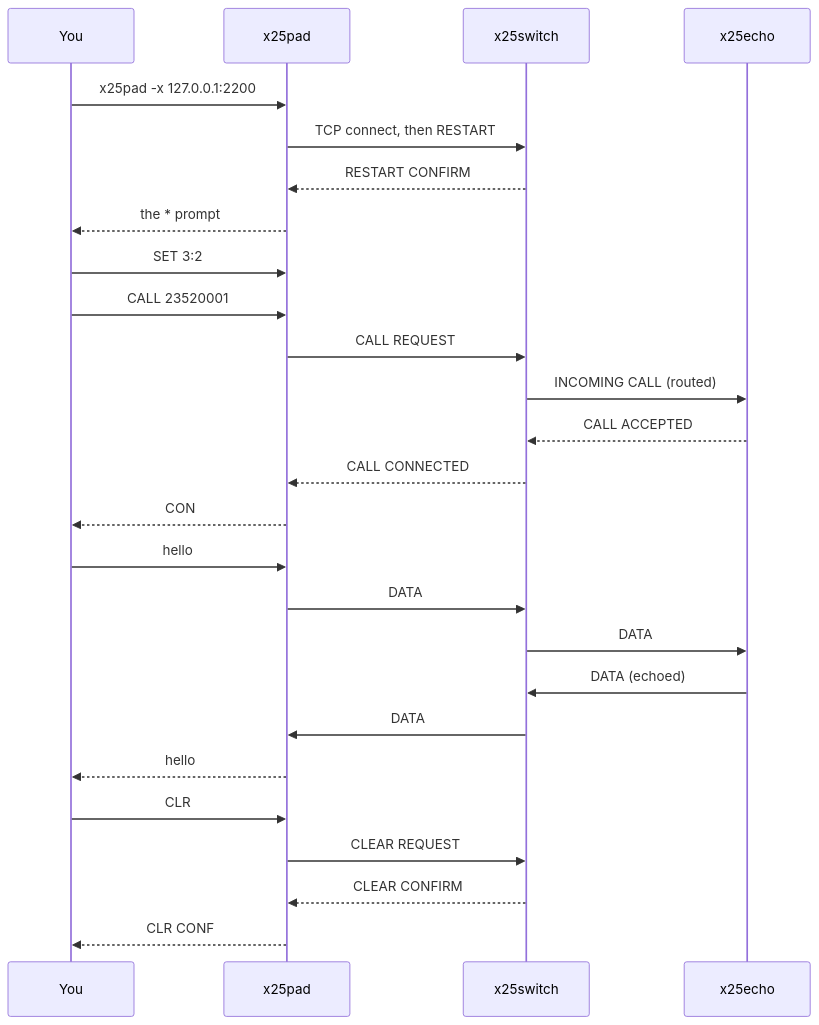
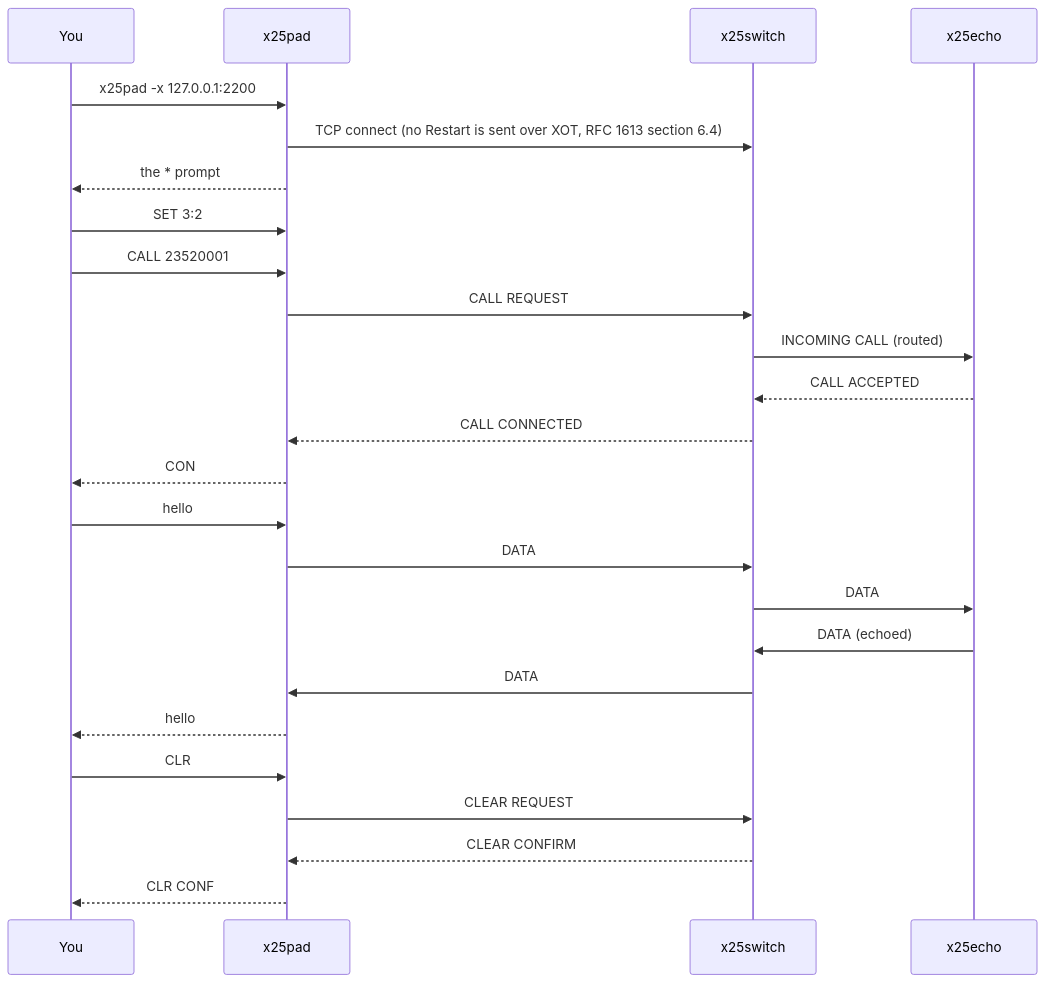
One commit to RetroCoreLabs/RetroX25 changed the first of 2 diagrams in src/RetroX25.Pad/README.md. Above: the diagram before and after it, drawn with Mermaid.

Commit message:
Docs: no Restart is sent over XOT, so the Pad session diagram no longer shows one

````diff
--- a/src/RetroX25.Pad/README.md
+++ b/src/RetroX25.Pad/README.md
@@ -80,29 +80,28 @@
 ```mermaid
 sequenceDiagram
     participant U as You
     participant P as x25pad
     participant S as x25switch
     participant E as x25echo
 
     U->>P: x25pad -x 127.0.0.1:2200
-    P->>S: TCP connect, then RESTART
-    S-->>P: RESTART CONFIRM
+    P->>S: TCP connect (no Restart is sent over XOT, RFC 1613 section 6.4)
     P-->>U: the * prompt
     U->>P: SET 3:2
     U->>P: CALL 23520001
     P->>S: CALL REQUEST
     S->>E: INCOMING CALL (routed)
     E-->>S: CALL ACCEPTED
     S-->>P: CALL CONNECTED
     P-->>U: CON
     U->>P: hello
     P->>S: DATA
     S->>E: DATA
     E->>S: DATA (echoed)
     S->>P: DATA
     P-->>U: hello
     U->>P: CLR
     P->>S: CLEAR REQUEST
     S-->>P: CLEAR CONFIRM
     P-->>U: CLR CONF
 ```
````
